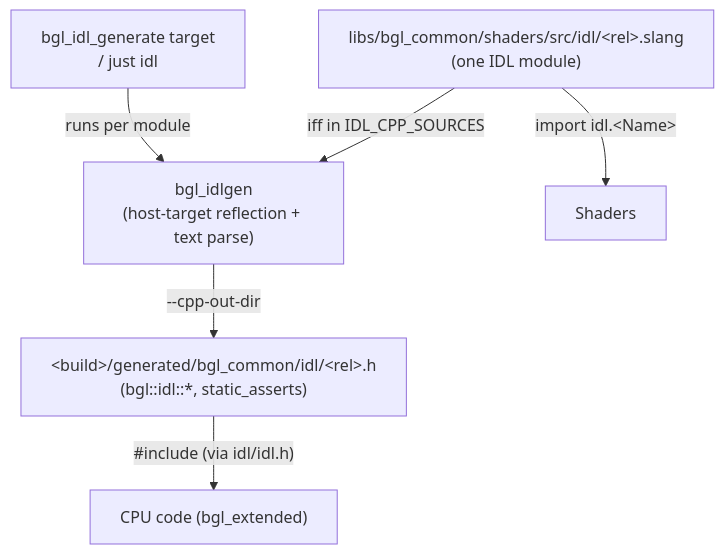
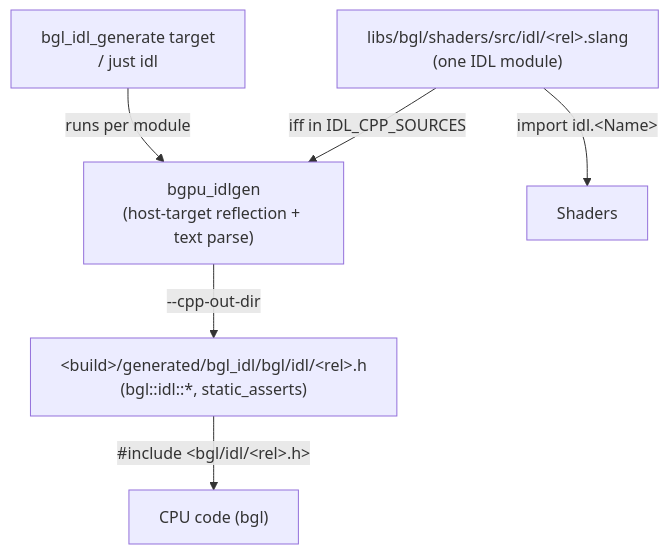
The diagram in docs/idlgen.md (alexjiang200407/bernini), drawn with Mermaid before and after one commit. The commit also changed other lines of this file and 644 other files, not shown here.

First line of the commit message:
refactor(bgl): one renderer library -- bgl_common dissolved, bgl_extended folded into bgl (#946)

````diff
--- a/docs/idlgen.md
+++ b/docs/idlgen.md
@@ -165,14 +165,14 @@
 ```mermaid
 flowchart TD
-    IDL["libs/bgl_common/shaders/src/idl/&lt;rel&gt;.slang<br/>(one IDL module)"]
-    TOOL["bgl_idlgen<br/>(host-target reflection + text parse)"]
-    CPP["&lt;build&gt;/generated/bgl_common/idl/&lt;rel&gt;.h<br/>(bgl::idl::*, static_asserts)"]
+    IDL["libs/bgl/shaders/src/idl/&lt;rel&gt;.slang<br/>(one IDL module)"]
+    TOOL["bgpu_idlgen<br/>(host-target reflection + text parse)"]
+    CPP["&lt;build&gt;/generated/bgl_idl/bgl/idl/&lt;rel&gt;.h<br/>(bgl::idl::*, static_asserts)"]
     SH["Shaders"]
-    CX["CPU code (bgl_extended)"]
+    CX["CPU code (bgl)"]
 
     IDL -- "iff in IDL_CPP_SOURCES" --> TOOL
     TOOL -- "--cpp-out-dir" --> CPP
     IDL -- "import idl.&lt;Name&gt;" --> SH
-    CPP -- "#include (via idl/idl.h)" --> CX
+    CPP -- "#include &lt;bgl/idl/&lt;rel&gt;.h&gt;" --> CX
     CMAKE["bgl_idl_generate target<br/>/ just idl"] -- "runs per module" --> TOOL
 ```
````
